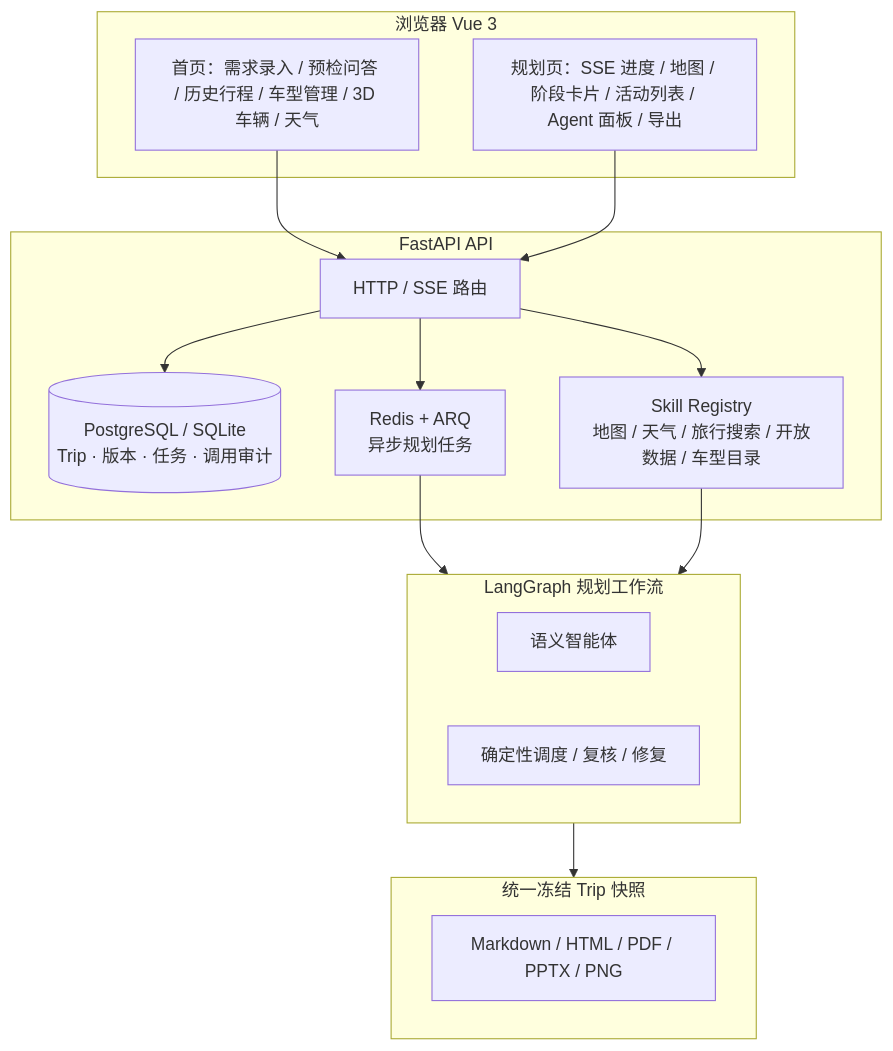
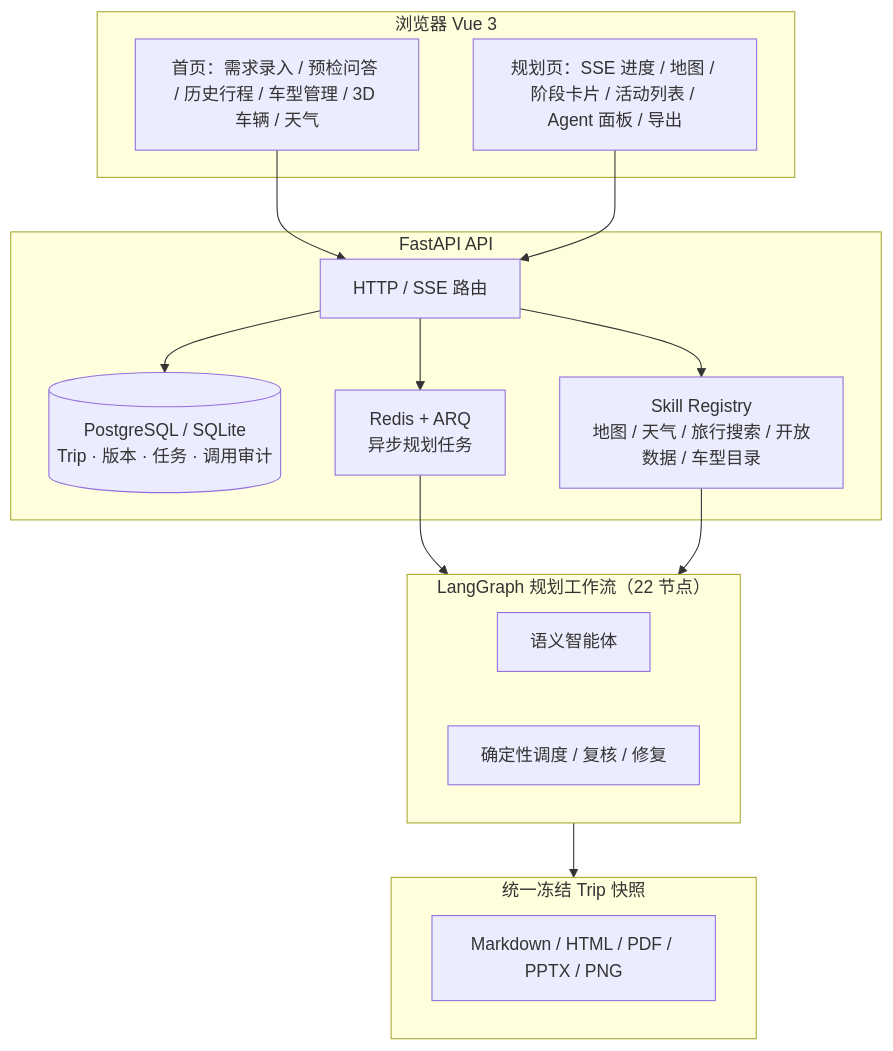
Before and after one commit to pigz2538/RoadMan-Public: the diagram in README.md, drawn with Mermaid. The commit also changed other lines of this file and 7 other files, not shown here.

````diff
--- a/README.md
+++ b/README.md
@@ -88,32 +138,32 @@
 ```mermaid
 flowchart TB
     subgraph Browser["浏览器 Vue 3"]
         H["首页：需求录入 / 预检问答 / 历史行程 / 车型管理 / 3D 车辆 / 天气"]
         P["规划页：SSE 进度 / 地图 / 阶段卡片 / 活动列表 / Agent 面板 / 导出"]
     end
 
     subgraph API["FastAPI API"]
         R["HTTP / SSE 路由"]
         DB[("PostgreSQL / SQLite<br/>Trip · 版本 · 任务 · 调用审计")]
         Q["Redis + ARQ<br/>异步规划任务"]
         SK["Skill Registry<br/>地图 / 天气 / 旅行搜索 / 开放数据 / 车型目录"]
     end
 
-    subgraph Workflow["LangGraph 规划工作流"]
+    subgraph Workflow["LangGraph 规划工作流（22 节点）"]
         S["语义智能体"]
         D["确定性调度 / 复核 / 修复"]
     end
 
     subgraph Export["统一冻结 Trip 快照"]
         E["Markdown / HTML / PDF / PPTX / PNG"]
     end
 
     H --> R
     P --> R
     R --> DB
     R --> Q
     R --> SK
     Q --> Workflow
     SK --> Workflow
     Workflow --> Export
 ```
````
